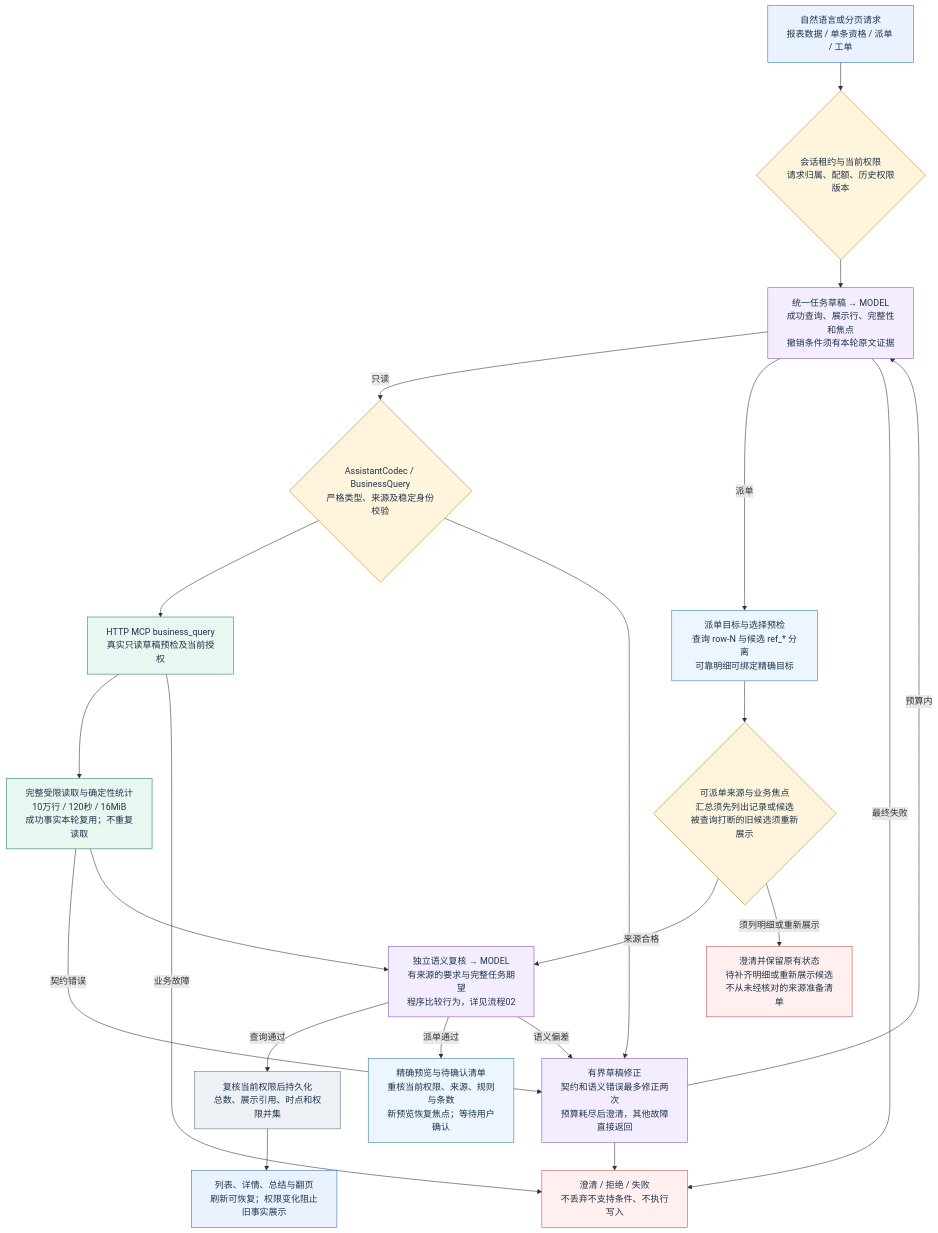
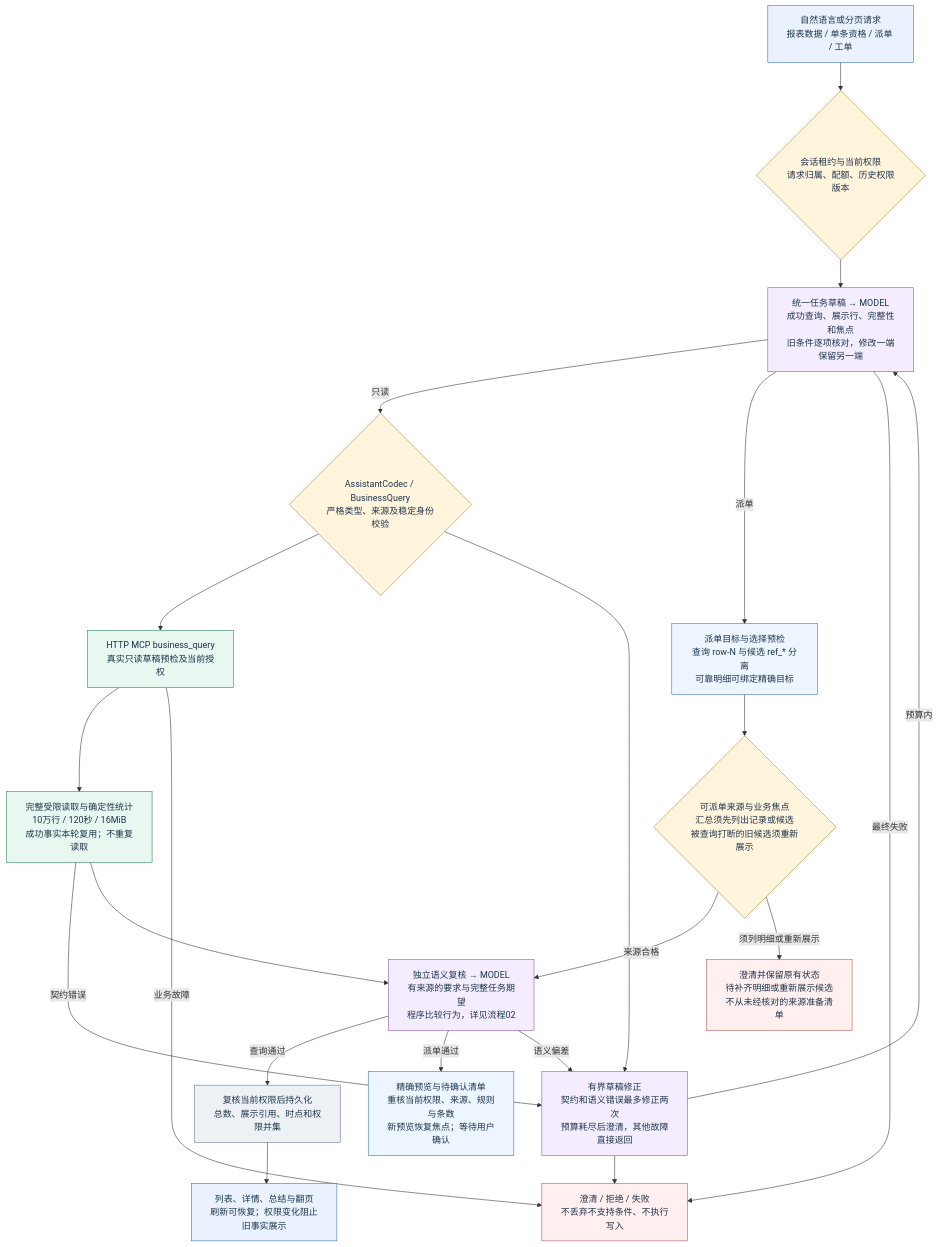
Before and after one commit to QSZJAVA/agent_demo: the diagram in docs/diagrams/demo-final/09.mmd, drawn with Mermaid. The commit also changed 278 other files, not shown here.

```diff
--- a/docs/diagrams/demo-final/09.mmd
+++ b/docs/diagrams/demo-final/09.mmd
@@ -1,43 +1,43 @@
 flowchart TD
   input["自然语言或分页请求<br/>报表数据 / 单条资格 / 派单 / 工单"]:::ui
   lease{"会话租约与当前权限<br/>请求归属、配额、历史权限版本"}:::guard
-  model["统一任务草稿 → MODEL<br/>成功查询、展示行、完整性和焦点<br/>撤销条件须有本轮原文证据"]:::model
+  model["统一任务草稿 → MODEL<br/>成功查询、展示行、完整性和焦点<br/>旧条件逐项核对，修改一端保留另一端"]:::model
   dispatch["派单目标与选择预检<br/>查询 row-N 与候选 ref_* 分离<br/>可靠明细可绑定精确目标"]:::agent
   source{"可派单来源与业务焦点<br/>汇总须先列出记录或候选<br/>被查询打断的旧候选须重新展示"}:::guard
   sourcefail["澄清并保留原有状态<br/>待补齐明细或重新展示候选<br/>不从未经核对的来源准备清单"]:::error
   query{"AssistantCodec / BusinessQuery<br/>严格类型、来源及稳定身份校验"}:::guard
   clarify["澄清 / 拒绝 / 失败<br/>不丢弃不支持条件、不执行写入"]:::error
   mcp["HTTP MCP business_query<br/>真实只读草稿预检及当前授权"]:::business
   facts["完整受限读取与确定性统计<br/>10万行 / 120秒 / 16MiB<br/>成功事实本轮复用；不重复读取"]:::business
   card["复核当前权限后持久化<br/>总数、展示引用、时点和权限并集"]:::store
   ui["列表、详情、总结与翻页<br/>刷新可恢复；权限变化阻止旧事实展示"]:::ui
   repair["有界草稿修正<br/>契约和语义错误最多修正两次<br/>预算耗尽后澄清，其他故障直接返回"]:::model
   review["独立语义复核 → MODEL<br/>有来源的要求与完整任务期望<br/>程序比较行为，详见流程02"]:::model
   prepare["精确预览与待确认清单<br/>重核当前权限、来源、规则与条数<br/>新预览恢复焦点；等待用户确认"]:::agent
   input --> lease
   lease --> model
   model -->|"只读"| query
   model -->|"派单"| dispatch
   model -->|"最终失败"| clarify
   query --> mcp
   mcp --> facts
   card --> ui
   query --> repair
   facts -->|"契约错误"| repair
   repair -->|"预算内"| model
   repair --> clarify
   facts --> review
   dispatch --> source
   source -->|"来源合格"| review
   source -->|"须列明细或重新展示"| sourcefail
   review -->|"查询通过"| card
   review -->|"派单通过"| prepare
   review -->|"语义偏差"| repair
   mcp -->|"业务故障"| clarify
   classDef ui fill:#eaf2ff,stroke:#386bc1,color:#1e354c
   classDef agent fill:#edf5ff,stroke:#3778a8,color:#1e354c
   classDef model fill:#f3edff,stroke:#8751bf,color:#1e354c
   classDef business fill:#e8f7ef,stroke:#268255,color:#1e354c
   classDef guard fill:#fff4dc,stroke:#b58022,color:#1e354c
   classDef error fill:#fff0ef,stroke:#ba534e,color:#1e354c
   classDef store fill:#edf1f5,stroke:#60768b,color:#1e354c
```
